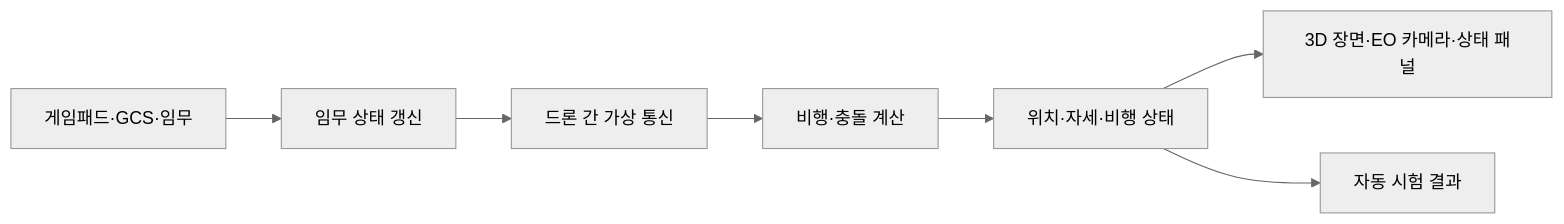
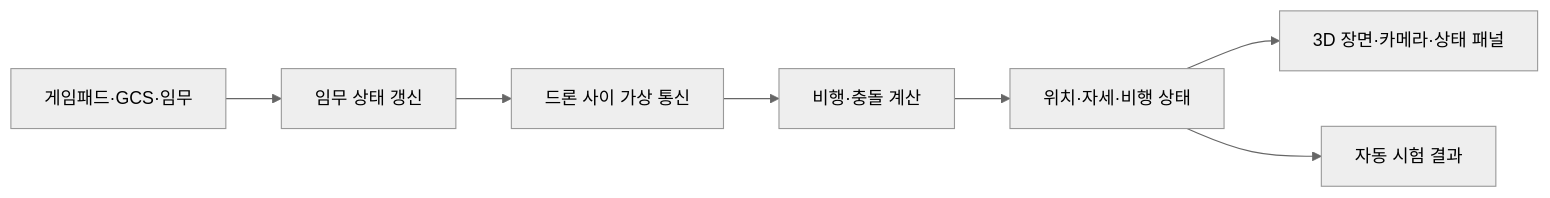
One commit to cgantro/DroneSim changed the diagram in docs/public/기술구조.md. Above: the diagram before and after it, drawn with Mermaid (neutral theme). The commit also changed other lines of this file and 5 other files, not shown here.

````diff
--- a/docs/public/기술구조.md
+++ b/docs/public/기술구조.md
@@ -9,9 +9,9 @@
 ```mermaid
 flowchart LR
     Input[게임패드·GCS·임무] --> Mission[임무 상태 갱신]
-    Mission --> Network[드론 간 가상 통신]
+    Mission --> Network[드론 사이 가상 통신]
     Network --> Flight[비행·충돌 계산]
     Flight --> State[위치·자세·비행 상태]
-    State --> Display[3D 장면·EO 카메라·상태 패널]
-    State --> Tests[자동 시험 결과]
+    State --> View[3D 장면·카메라·상태 패널]
+    State --> Test[자동 시험 결과]
 ```
````
